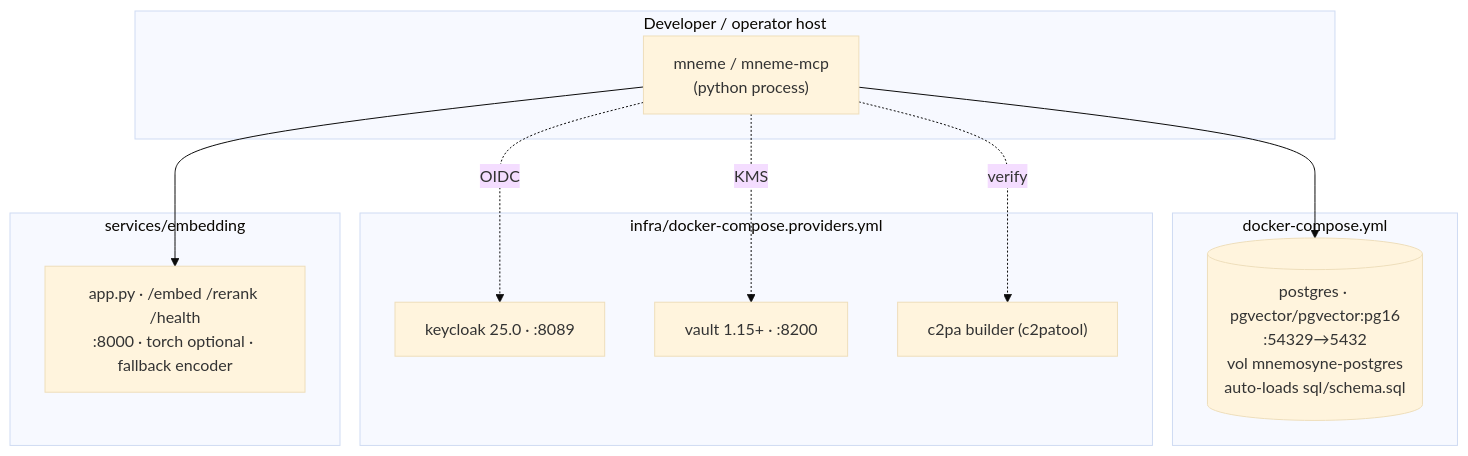
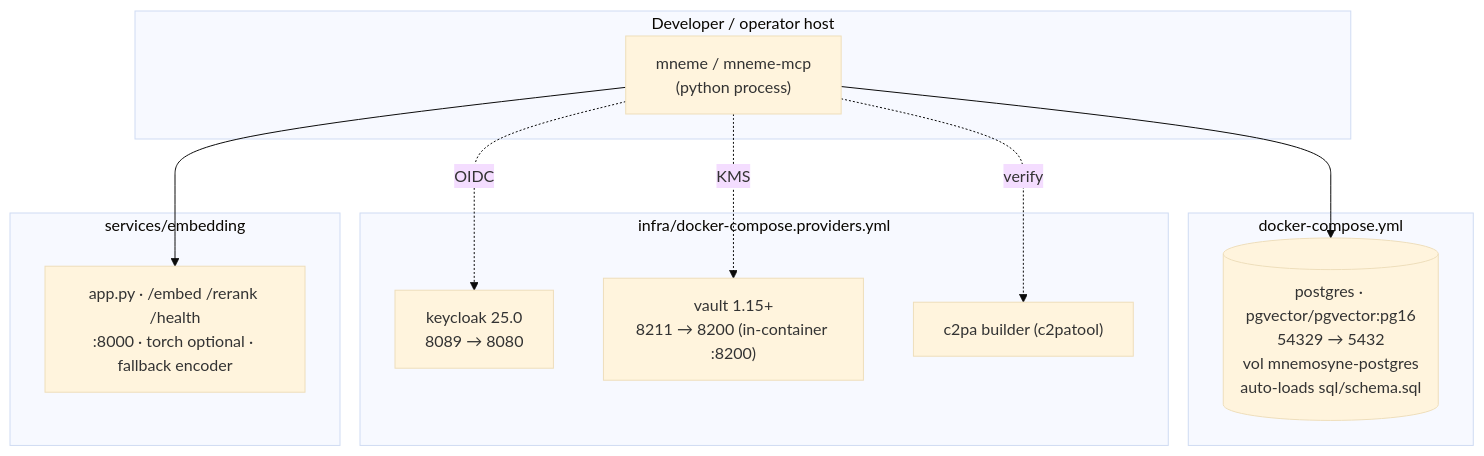
One commit to onfire7777/Mnemosyne changed the eighth of 8 diagrams in docs/ARCHITECTURE-OVERVIEW.md. Above: the diagram before and after it, drawn with Mermaid (base theme). The commit also changed other lines of this file, not shown here.

First line of the commit message:
docs(architecture): clarify current runtime topology

````diff
--- a/docs/ARCHITECTURE-OVERVIEW.md
+++ b/docs/ARCHITECTURE-OVERVIEW.md
@@ -394,26 +530,26 @@
 ```mermaid
 flowchart TB
     subgraph host["Developer / operator host"]
         APP["mneme / mneme-mcp<br/>(python process)"]
     end
 
     subgraph base["docker-compose.yml"]
-        PG[("postgres · pgvector/pgvector:pg16<br/>:54329→5432<br/>vol mnemosyne-postgres<br/>auto-loads sql/schema.sql")]
+        PG[("postgres · pgvector/pgvector:pg16<br/>54329 → 5432<br/>vol mnemosyne-postgres<br/>auto-loads sql/schema.sql")]
     end
 
     subgraph providers["infra/docker-compose.providers.yml"]
-        KC["keycloak 25.0 · :8089"]
-        VA["vault 1.15+ · :8200"]
+        KC["keycloak 25.0<br/>8089 → 8080"]
+        VA["vault 1.15+<br/>8211 → 8200 (in-container :8200)"]
         C2["c2pa builder (c2patool)"]
     end
 
     subgraph svc["services/embedding"]
         EMB["app.py · /embed /rerank /health<br/>:8000 · torch optional · fallback encoder"]
     end
 
     APP --> PG
     APP --> EMB
     APP -. OIDC .-> KC
     APP -. KMS .-> VA
     APP -. verify .-> C2
 ```
````
